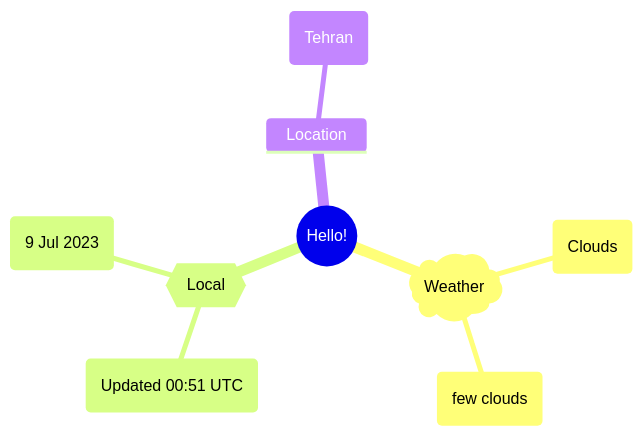
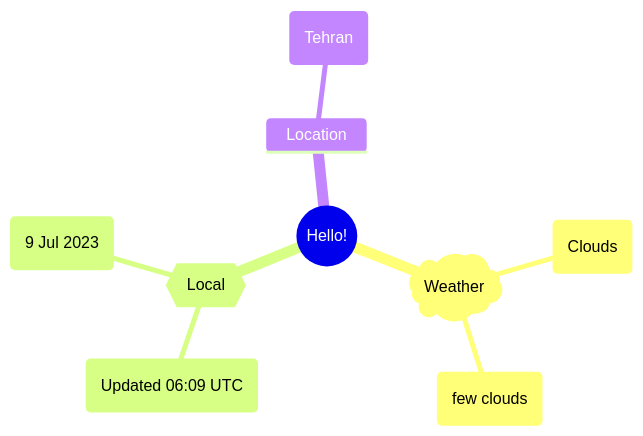
The first of 2 diagrams in README.md (Xosrov/Xosrov), drawn with Mermaid before and after one commit.

Commit message:
[bot] updated images

````diff
--- a/README.md
+++ b/README.md
@@ -3,12 +3,12 @@
 ```mermaid
 mindmap
   root((Hello!))
     )Weather(
         (Clouds)
         (few clouds)
     {{Local}}
-        (Updated 00:51 UTC)
+        (Updated 06:09 UTC)
         (9 Jul 2023)
     Location
         (Tehran)
 ```
````
